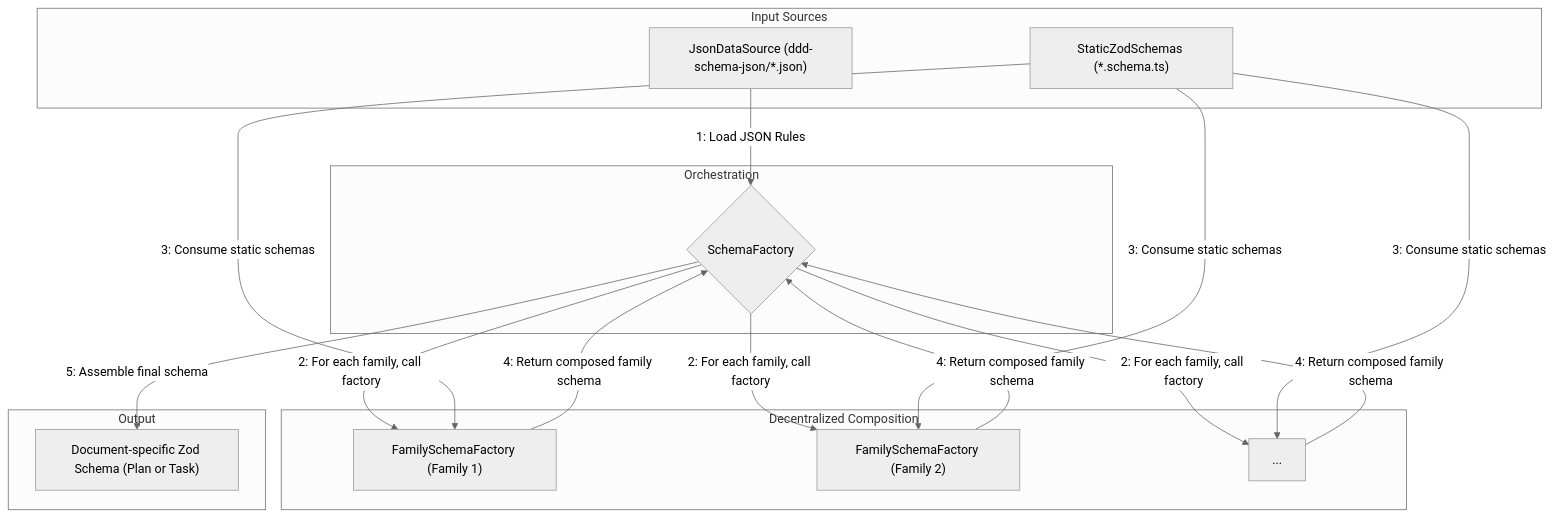
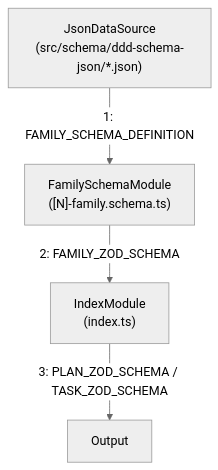
Before and after one commit to livelifelively/documentation-driven-development-tools: the third of 4 diagrams in docs/requirements/p1-p6.t32-define-section-content-schemas.task.md, drawn with Mermaid (neutral theme). The commit also changed other lines of this file and 2 other files, not shown here.

````diff
--- a/docs/requirements/p1-p6.t32-define-section-content-schemas.task.md
+++ b/docs/requirements/p1-p6.t32-define-section-content-schemas.task.md
@@ -186,33 +183,11 @@
 ```mermaid
 graph TD
-    subgraph "Input Sources"
-        A["JsonDataSource (ddd-schema-json/*.json)"]
-        C["StaticZodSchemas (*.schema.ts)"]
-    end
+    A["JsonDataSource<br>(src/schema/ddd-schema-json/*.json)"]
+    B["FamilySchemaModule<br>([N]-family.schema.ts)"]
+    C["IndexModule<br>(index.ts)"]
+    D["Output"]
 
-    subgraph "Orchestration"
-        B{SchemaFactory}
-    end
-
-    subgraph "Decentralized Composition"
-        F1["FamilySchemaFactory (Family 1)"]
-        F2["FamilySchemaFactory (Family 2)"]
-        F3["..."]
-    end
-
-    subgraph "Output"
-        D["Document-specific Zod Schema (Plan or Task)"]
-    end
-
-    A -- "1: Load JSON Rules" --> B;
-    B -- "2: For each family, call factory" --> F1;
-    B -- "2: For each family, call factory" --> F2;
-    B -- "2: For each family, call factory" --> F3;
-    C -- "3: Consume static schemas" --> F1;
-    C -- "3: Consume static schemas" --> F2;
-    C -- "3: Consume static schemas" --> F3;
-    F1 -- "4: Return composed family schema" --> B;
-    F2 -- "4: Return composed family schema" --> B;
-    F3 -- "4: Return composed family schema" --> B;
-    B -- "5: Assemble final schema" --> D;
+    A -- "1: FAMILY_SCHEMA_DEFINITION" --> B;
+    B -- "2: FAMILY_ZOD_SCHEMA" --> C;
+    C -- "3: PLAN_ZOD_SCHEMA / TASK_ZOD_SCHEMA" --> D;
 ```
````
